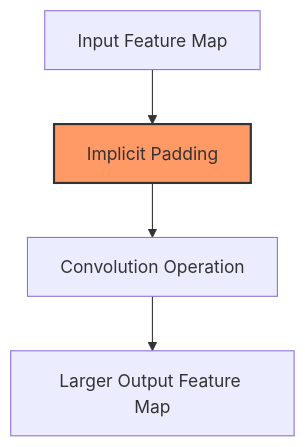
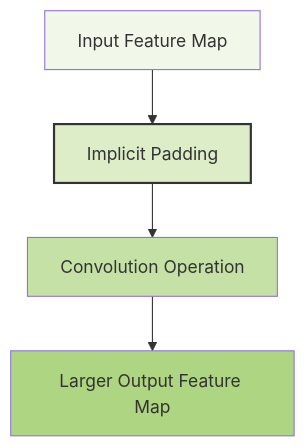
The tenth of 11 diagrams in C_4.md (Chaklader/landmark-classification-cnn), drawn with Mermaid before and after one commit. The commit also changed other lines of this file, not shown here.

````diff
--- a/C_4.md
+++ b/C_4.md
@@ -1562,7 +1948,13 @@
 ```mermaid
 graph TD
     A[Input Feature Map] --> B[Implicit Padding]
     B --> C[Convolution Operation]
     C --> D[Larger Output Feature Map]
-    style B fill:#f96,stroke:#333,stroke-width:2px
+
+
+    style A fill:#F1F8E9
+style B fill:#DCEDC8,stroke:#333,stroke-width:2px
+style C fill:#C5E1A5
+style D fill:#AED581
+
 ```
````
